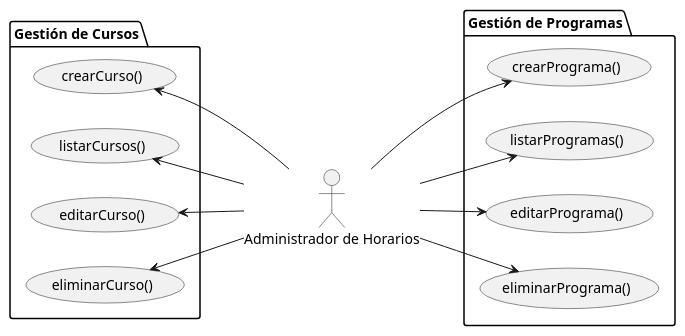
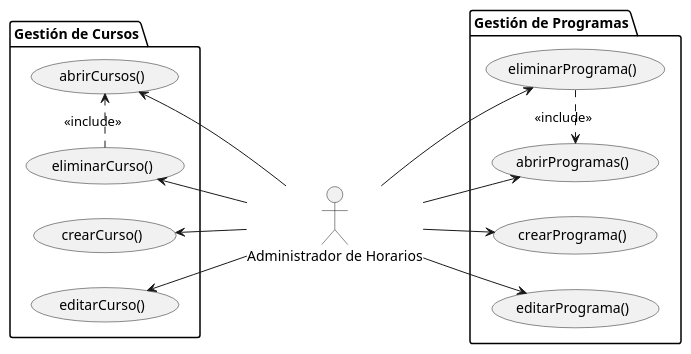
One commit to Hexcss/scheduler changed the diagram in RUP/00-casos-uso/01-actores-casos-uso/actores-casos-uso-001.puml. Above: the diagram before and after it, drawn with PlantUML. The commit also changed 16 other files, not shown here.

First line of the commit message:
feat(rup): implementar eliminarPrograma() con patrón <<include>>

```diff
--- a/RUP/00-casos-uso/01-actores-casos-uso/actores-casos-uso-001.puml
+++ b/RUP/00-casos-uso/01-actores-casos-uso/actores-casos-uso-001.puml
@@ -1,33 +1,34 @@
 @startuml
 
 left to right direction
 
 actor "Administrador de Horarios" as admin
 
 package "Gestión de Programas" {
     usecase crearPrograma as "crearPrograma()"
-    usecase listarProgramas as "listarProgramas()"
+    usecase abrirProgramas as "abrirProgramas()"
     usecase editarPrograma as "editarPrograma()"
     usecase eliminarPrograma as "eliminarPrograma()"
 }
 
 package "Gestión de Cursos" {
     usecase crearCurso as "crearCurso()"
-    usecase listarCursos as "listarCursos()"
+    usecase abrirCursos as "abrirCursos()"
     usecase editarCurso as "editarCurso()"
     usecase eliminarCurso as "eliminarCurso()"
 }
 
 admin --> (crearPrograma)
-admin --> (listarProgramas)
+admin --> (abrirProgramas)
 admin --> (editarPrograma)
 admin --> (eliminarPrograma)
 
 (crearCurso) <-- admin
-(listarCursos) <-- admin
+(abrirCursos) <-- admin
 (editarCurso) <-- admin
 (eliminarCurso) <-- admin
 
-
+eliminarCurso .> abrirCursos : <<include>>
+eliminarPrograma .> abrirProgramas : <<include>>
 
 @enduml
```
